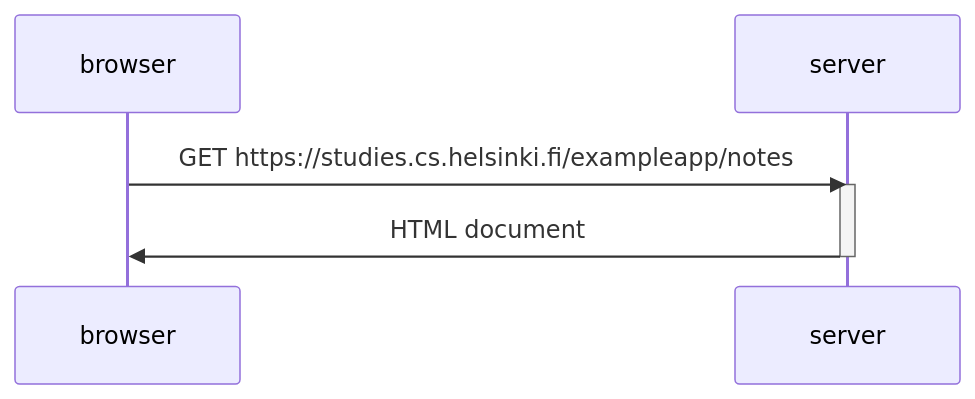
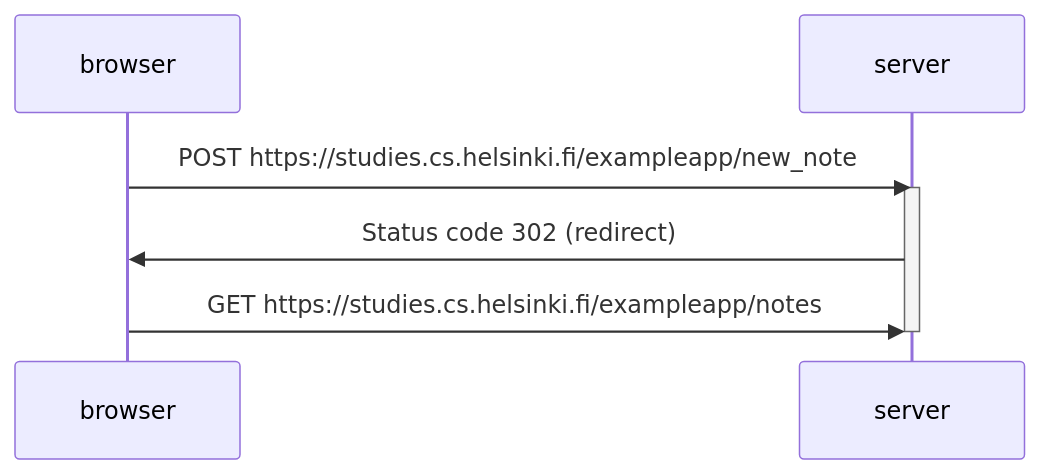
Before and after one commit to soikarin/fullstackopen: the diagram in osa0/t0.4.md, drawn with Mermaid.

````diff
--- a/osa0/t0.4.md
+++ b/osa0/t0.4.md
@@ -3,11 +3,12 @@
 ```mermaid
 sequenceDiagram
 participant browser
 participant server
 
+browser->>server: POST https://studies.cs.helsinki.fi/exampleapp/new_note
+activate server
+server->>browser: Status code 302 (redirect)
 browser->>server: GET https://studies.cs.helsinki.fi/exampleapp/notes
-activate server
-server->>browser: HTML document
 deactivate server
 
 ```
````
